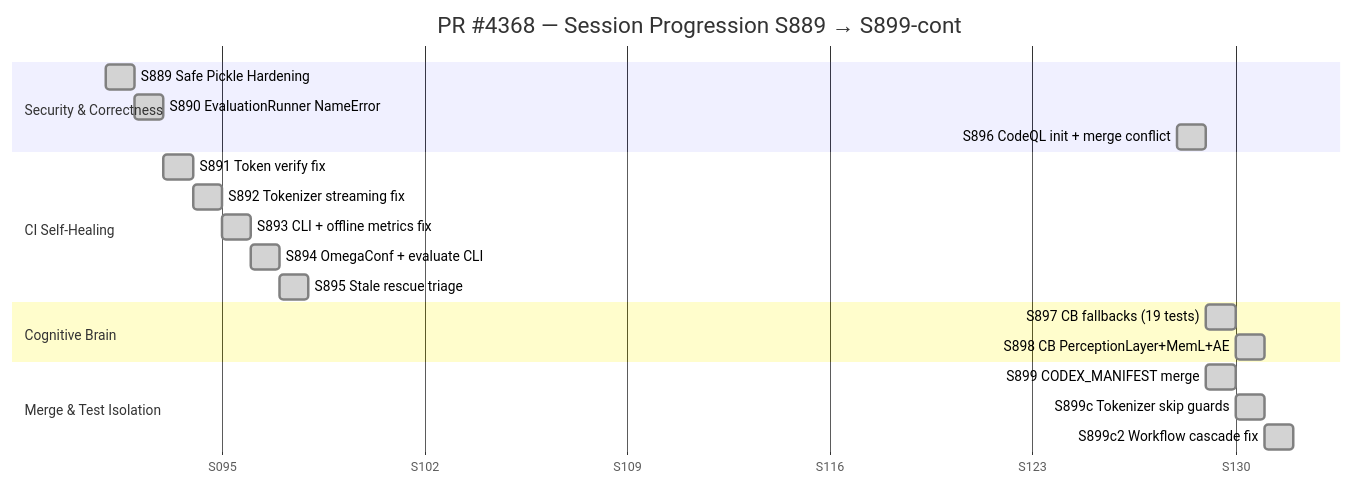
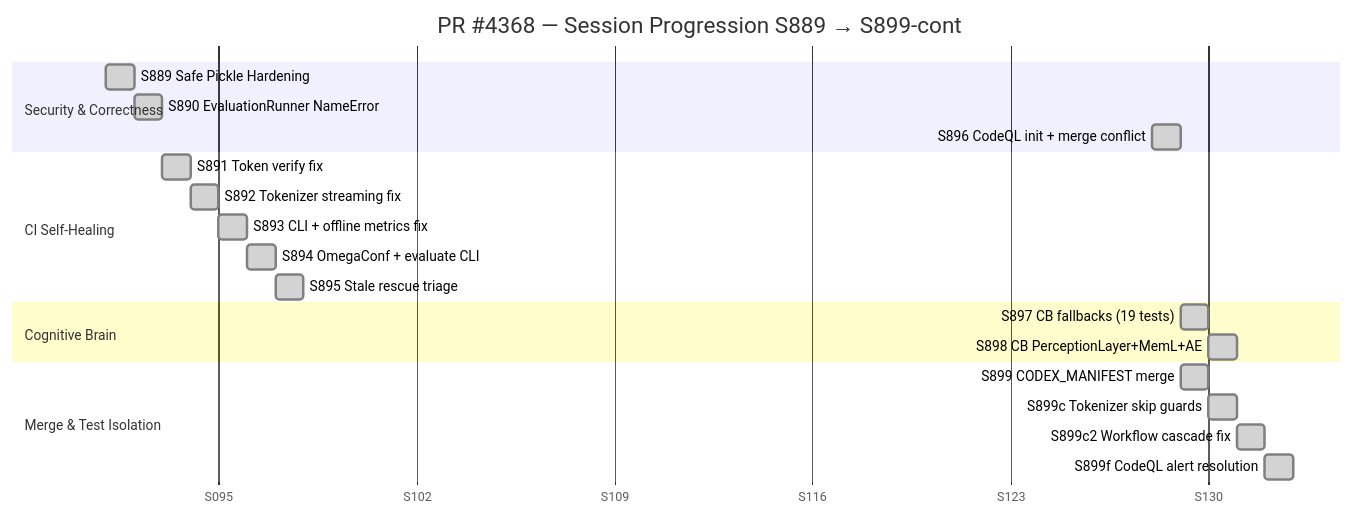
The first of 5 diagrams in docs/roadmap/PR4368_session_diagram.md (Aries-Serpent/_codex_), drawn with Mermaid before and after one commit. The commit also changed other lines of this file and 4 other files, not shown here.

````diff
--- a/docs/roadmap/PR4368_session_diagram.md
+++ b/docs/roadmap/PR4368_session_diagram.md
@@ -11,27 +11,28 @@
 ```mermaid
 gantt
     title PR #4368 — Session Progression S889 → S899-cont
     dateFormat  YYYY-MM-DD
     axisFormat  S%j
 
     section Security & Correctness
     S889  Safe Pickle Hardening       :done, s889, 2026-04-01, 1d
     S890  EvaluationRunner NameError  :done, s890, after s889, 1d
     S896  CodeQL init + merge conflict:done, s896, 2026-05-08, 1d
 
     section CI Self-Healing
     S891  Token verify fix            :done, s891, after s890, 1d
     S892  Tokenizer streaming fix     :done, s892, after s891, 1d
     S893  CLI + offline metrics fix   :done, s893, after s892, 1d
     S894  OmegaConf + evaluate CLI    :done, s894, after s893, 1d
     S895  Stale rescue triage         :done, s895, after s894, 1d
 
     section Cognitive Brain
     S897  CB fallbacks (19 tests)     :done, s897, 2026-05-09, 1d
     S898  CB PerceptionLayer+MemL+AE  :done, s898, after s897, 1d
 
     section Merge & Test Isolation
     S899  CODEX_MANIFEST merge        :done, s899, 2026-05-09, 1d
     S899c Tokenizer skip guards       :done, s899c, after s899, 1d
     S899c2 Workflow cascade fix       :done, s899c2, after s899c, 1d
+    S899f  CodeQL alert resolution    :done, s899f,  after s899c2, 1d
 ```
````
